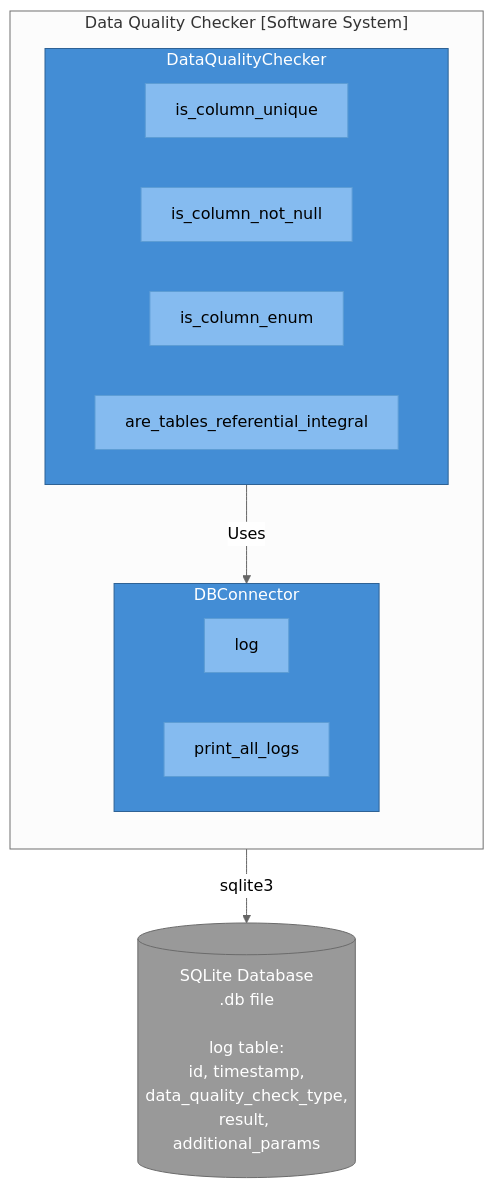
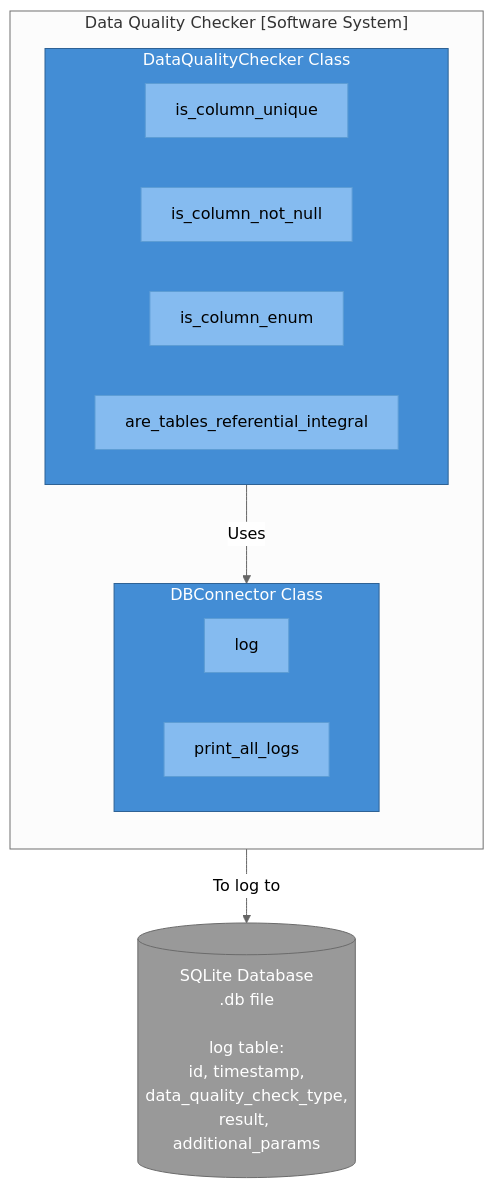
The second of 2 diagrams in README.md (josephmachado/data_quality_checker), drawn with Mermaid (neutral theme) before and after one commit. The commit also changed other lines of this file and 6 other files, not shown here.

````diff
--- a/README.md
+++ b/README.md
@@ -193,34 +193,34 @@
 ```mermaid
 graph TB
     subgraph System["Data Quality Checker [Software System]"]
         direction TB
         
-        subgraph Checker["DataQualityChecker"]
+        subgraph Checker["DataQualityChecker Class"]
             direction LR
             Method1[is_column_unique]
             Method2[is_column_not_null]
             Method3[is_column_enum]
             Method4[are_tables_referential_integral]
         end
         
-        subgraph Connector["DBConnector"]
+        subgraph Connector["DBConnector Class"]
             direction LR
             Log[log]
             Print[print_all_logs]
         end
         
         Checker -->|Uses| Connector
     end
     
     Database[(SQLite Database<br/>.db file<br/><br/>log table:<br/>id, timestamp,<br/>data_quality_check_type,<br/>result, additional_params)]
     
-    Connector -->|sqlite3| Database
+    Connector -->|To log to | Database
     
     classDef container fill:#438dd5,stroke:#2e6295,color:#fff
     classDef method fill:#85bbf0,stroke:#5d9dd5,color:#000
     classDef external fill:#999999,stroke:#6b6b6b,color:#fff
     
     class Checker,Connector container
     class Method1,Method2,Method3,Method4,Log,Print method
     class Database external
 ```
````
